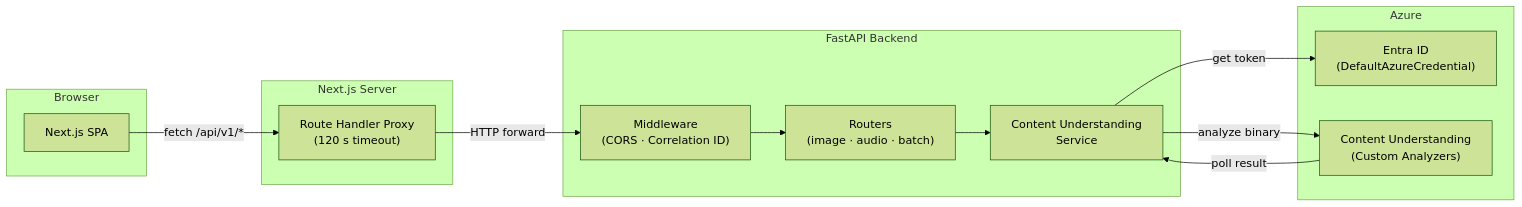
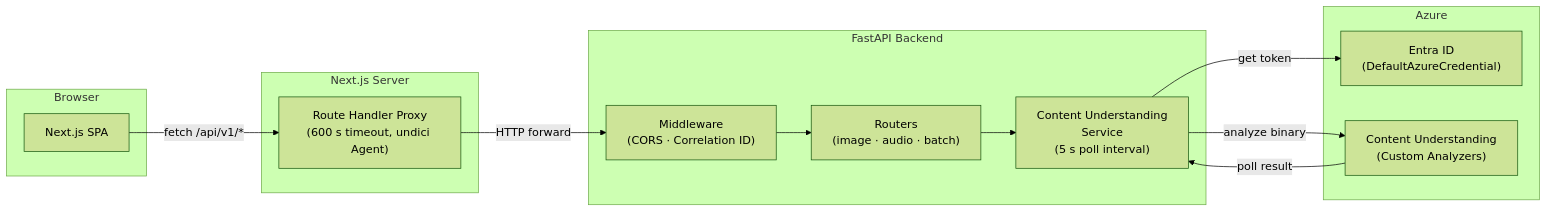
The first of 6 diagrams in docs/architecture/data-flow.md (makautzn/metadata-generator), drawn with Mermaid (forest theme) before and after one commit. The commit also changed other lines of this file and 22 other files, not shown here.

````diff
--- a/docs/architecture/data-flow.md
+++ b/docs/architecture/data-flow.md
@@ -5,28 +5,28 @@
 ```mermaid
 graph LR
     subgraph Browser
         UI[Next.js SPA]
     end
 
     subgraph Next.js Server
-        RP["Route Handler Proxy<br/>(120 s timeout)"]
+        RP["Route Handler Proxy<br/>(600 s timeout, undici Agent)"]
     end
 
     subgraph FastAPI Backend
         MW["Middleware<br/>(CORS · Correlation ID)"]
         RT["Routers<br/>(image · audio · batch)"]
-        SVC["Content Understanding<br/>Service"]
+        SVC["Content Understanding<br/>Service<br/>(5 s poll interval)"]
     end
 
     subgraph Azure
         AUTH["Entra ID<br/>(DefaultAzureCredential)"]
         CU["Content Understanding<br/>(Custom Analyzers)"]
     end
 
     UI -->|"fetch /api/v1/*"| RP
     RP -->|"HTTP forward"| MW
     MW --> RT --> SVC
     SVC -->|"get token"| AUTH
     SVC -->|"analyze binary"| CU
     CU -->|"poll result"| SVC
 ```
````
